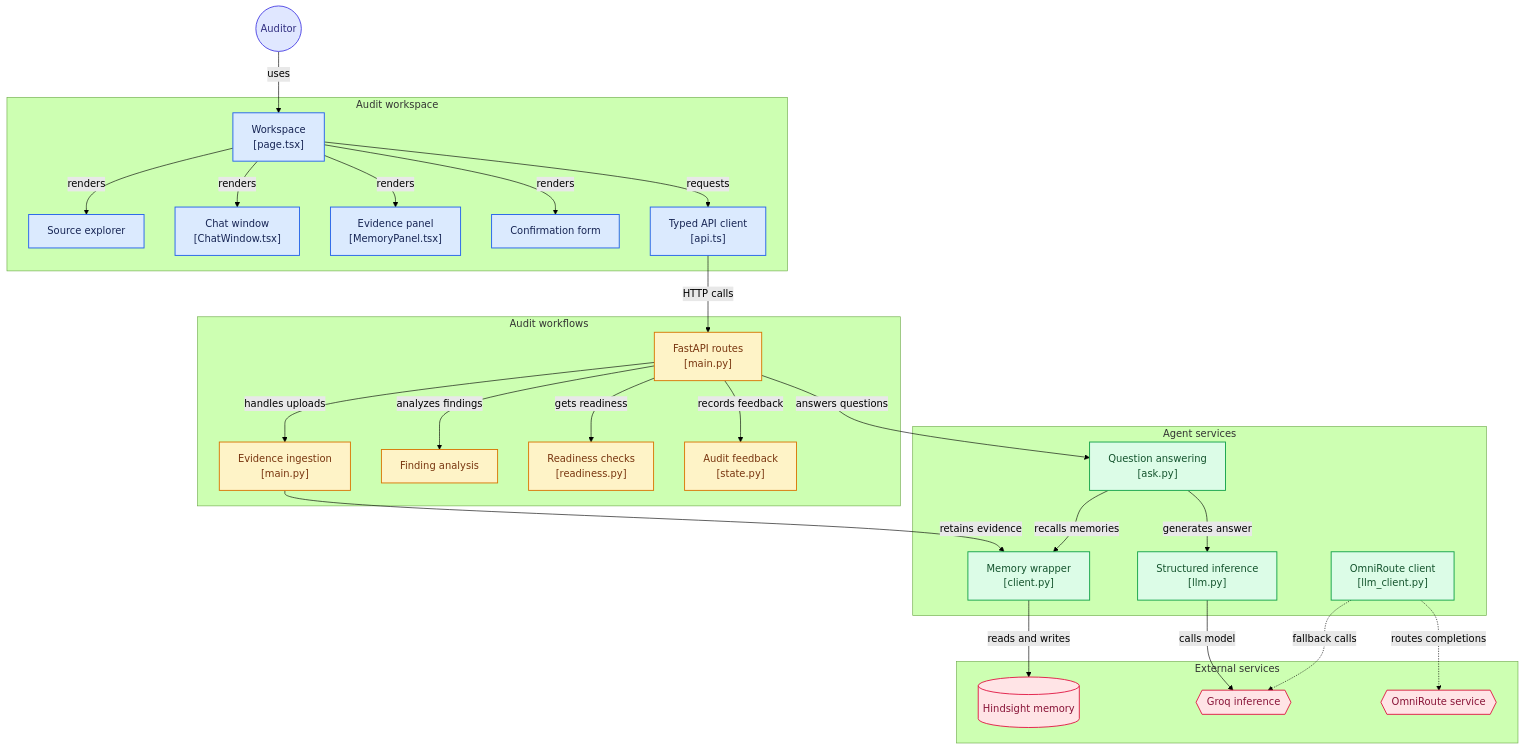
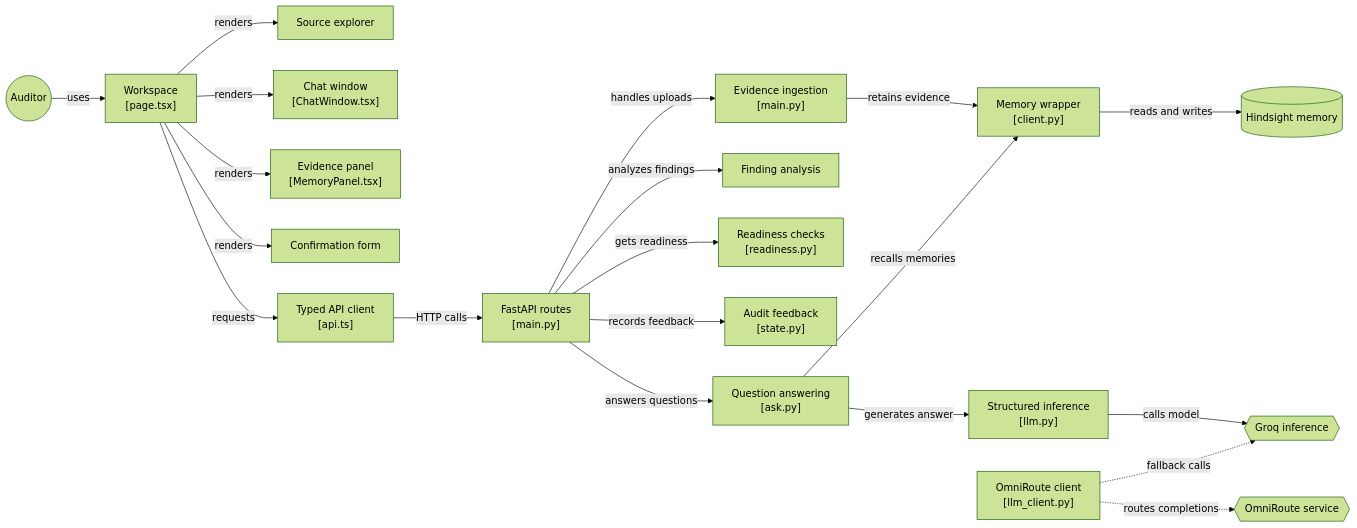
The diagram in README.md (shrx404/audit-agent), drawn with Mermaid (forest theme) before and after one commit.

Commit message:
readme2.0

````diff
--- a/README.md
+++ b/README.md
@@ -9,37 +9,29 @@
 ```mermaid
-flowchart TD
-
-subgraph group_workspace["Audit workspace"]
-  node_page["Workspace<br/>[page.tsx]"]
-  node_sources_ui["Source explorer"]
-  node_chat_ui["Chat window<br/>[ChatWindow.tsx]"]
-  node_memory_ui["Evidence panel<br/>[MemoryPanel.tsx]"]
-  node_confirm_ui["Confirmation form"]
-  node_api_client["Typed API client<br/>[api.ts]"]
-end
-
-subgraph group_backend["Audit workflows"]
-  node_api_server["FastAPI routes<br/>[main.py]"]
-  node_upload["Evidence ingestion<br/>[main.py]"]
-  node_analysis["Finding analysis"]
-  node_readiness["Readiness checks<br/>[readiness.py]"]
-  node_feedback["Audit feedback<br/>[state.py]"]
-end
-
-subgraph group_agent["Agent services"]
-  node_ask["Question answering<br/>[ask.py]"]
-  node_agent_llm["Structured inference<br/>[llm.py]"]
-  node_memory_client["Memory wrapper<br/>[client.py]"]
-  node_omniroute_client["OmniRoute client<br/>[llm_client.py]"]
-end
-
-subgraph group_integrations["External services"]
-  node_hindsight[("Hindsight memory")]
-  node_groq{{"Groq inference"}}
-  node_omniroute{{"OmniRoute service"}}
-end
+flowchart LR
 
 node_auditor(("Auditor"))
+
+node_page["Workspace<br/>[page.tsx]"]
+node_sources_ui["Source explorer"]
+node_chat_ui["Chat window<br/>[ChatWindow.tsx]"]
+node_memory_ui["Evidence panel<br/>[MemoryPanel.tsx]"]
+node_confirm_ui["Confirmation form"]
+node_api_client["Typed API client<br/>[api.ts]"]
+
+node_api_server["FastAPI routes<br/>[main.py]"]
+node_upload["Evidence ingestion<br/>[main.py]"]
+node_analysis["Finding analysis"]
+node_readiness["Readiness checks<br/>[readiness.py]"]
+node_feedback["Audit feedback<br/>[state.py]"]
+
+node_ask["Question answering<br/>[ask.py]"]
+node_agent_llm["Structured inference<br/>[llm.py]"]
+node_memory_client["Memory wrapper<br/>[client.py]"]
+node_omniroute_client["OmniRoute client<br/>[llm_client.py]"]
+
+node_hindsight[("Hindsight memory")]
+node_groq{{"Groq inference"}}
+node_omniroute{{"OmniRoute service"}}
 
 node_auditor -->|"uses"| node_page
 node_page -->|"renders"| node_sources_ui
@@ -47,15 +39,18 @@
 node_page -->|"renders"| node_memory_ui
 node_page -->|"renders"| node_confirm_ui
 node_page -->|"requests"| node_api_client
+
 node_api_client -->|"HTTP calls"| node_api_server
 node_api_server -->|"handles uploads"| node_upload
 node_api_server -->|"answers questions"| node_ask
 node_api_server -->|"analyzes findings"| node_analysis
 node_api_server -->|"gets readiness"| node_readiness
 node_api_server -->|"records feedback"| node_feedback
+
 node_upload -->|"retains evidence"| node_memory_client
 node_ask -->|"recalls memories"| node_memory_client
 node_ask -->|"generates answer"| node_agent_llm
+
 node_memory_client -->|"reads and writes"| node_hindsight
 node_agent_llm -->|"calls model"| node_groq
 node_omniroute_client -.->|"routes completions"| node_omniroute
@@ -76,17 +71,4 @@
 click node_agent_llm "https://github.com/shrx404/audit-agent/blob/main/backend/agent/llm.py"
 click node_memory_client "https://github.com/shrx404/audit-agent/blob/main/backend/memory/client.py"
 click node_omniroute_client "https://github.com/shrx404/audit-agent/blob/main/omniroute/services/llm_client.py"
-
-classDef toneNeutral fill:#f8fafc,stroke:#334155,stroke-width:1.5px,color:#0f172a
-classDef toneBlue fill:#dbeafe,stroke:#2563eb,stroke-width:1.5px,color:#172554
-classDef toneAmber fill:#fef3c7,stroke:#d97706,stroke-width:1.5px,color:#78350f
-classDef toneMint fill:#dcfce7,stroke:#16a34a,stroke-width:1.5px,color:#14532d
-classDef toneRose fill:#ffe4e6,stroke:#e11d48,stroke-width:1.5px,color:#881337
-classDef toneIndigo fill:#e0e7ff,stroke:#4f46e5,stroke-width:1.5px,color:#312e81
-classDef toneTeal fill:#ccfbf1,stroke:#0f766e,stroke-width:1.5px,color:#134e4a
-class node_page,node_sources_ui,node_chat_ui,node_memory_ui,node_confirm_ui,node_api_client toneBlue
-class node_api_server,node_upload,node_analysis,node_readiness,node_feedback toneAmber
-class node_ask,node_agent_llm,node_memory_client,node_omniroute_client toneMint
-class node_hindsight,node_groq,node_omniroute toneRose
-class node_auditor toneIndigo
 ```
````
